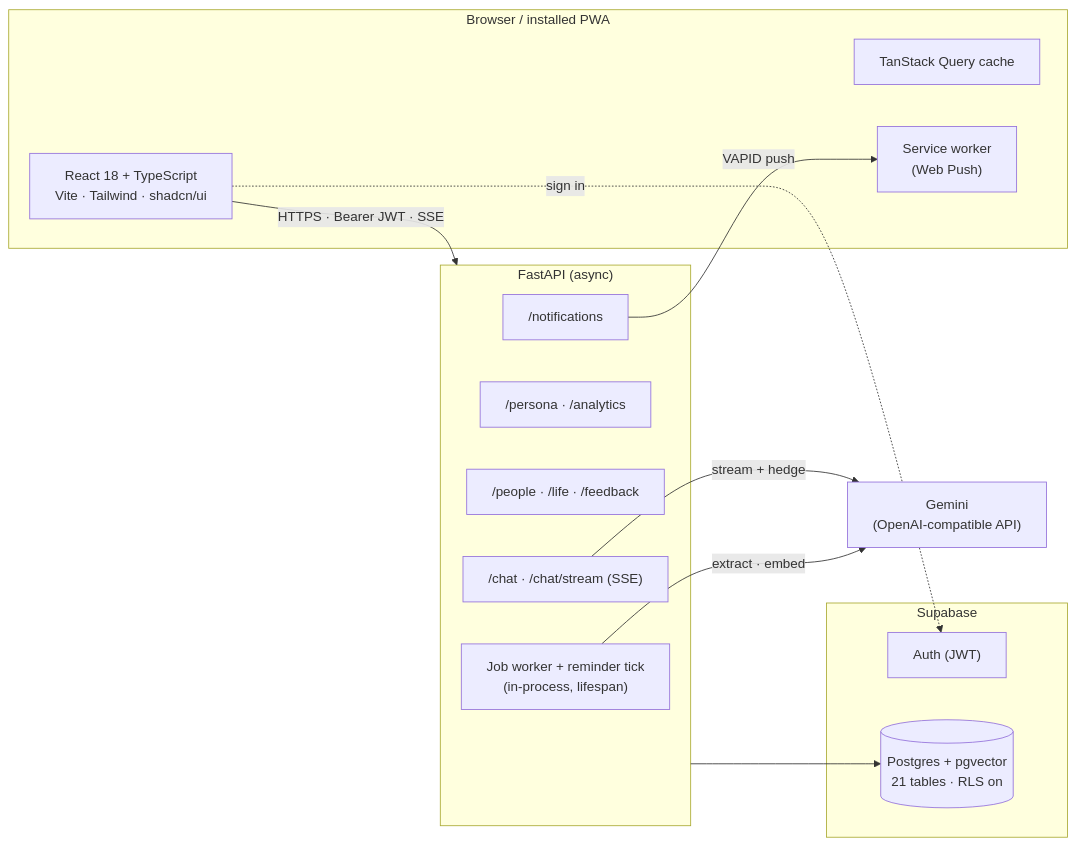
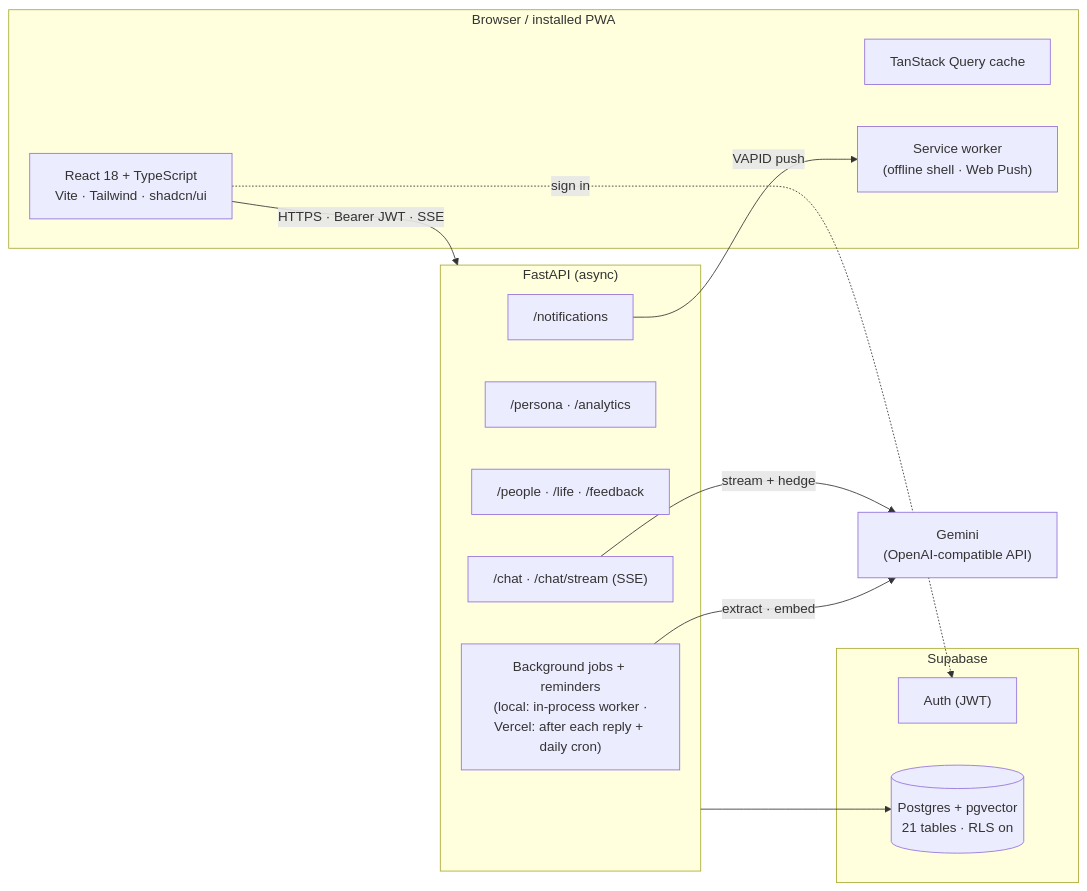
Before and after one commit to vaishnav1906/reflectra: the first of 2 diagrams in README.md, drawn with Mermaid. The commit also changed other lines of this file, not shown here.

First line of the commit message:
README: live link, installing on phones, how it runs on Vercel

````diff
--- a/README.md
+++ b/README.md
@@ -173,30 +188,30 @@
 ```mermaid
 flowchart LR
     subgraph Client["Browser / installed PWA"]
         UI["React 18 + TypeScript<br/>Vite · Tailwind · shadcn/ui"]
         RQ["TanStack Query cache"]
-        SW["Service worker<br/>(Web Push)"]
+        SW["Service worker<br/>(offline shell · Web Push)"]
     end
 
     subgraph API["FastAPI (async)"]
         Chat["/chat · /chat/stream (SSE)"]
         Portrait["/persona · /analytics"]
         Life["/people · /life · /feedback"]
         Notif["/notifications"]
-        Worker["Job worker + reminder tick<br/>(in-process, lifespan)"]
+        Worker["Background jobs + reminders<br/>(local: in-process worker ·<br/>Vercel: after each reply + daily cron)"]
     end
 
     subgraph Data["Supabase"]
         Auth["Auth (JWT)"]
         PG[("Postgres + pgvector<br/>21 tables · RLS on")]
     end
 
     LLM["Gemini<br/>(OpenAI-compatible API)"]
 
     UI -->|HTTPS · Bearer JWT · SSE| API
     UI -.->|sign in| Auth
     Chat -->|stream + hedge| LLM
     Worker -->|extract · embed| LLM
     API --> PG
     Notif -->|VAPID push| SW
 ```
````
